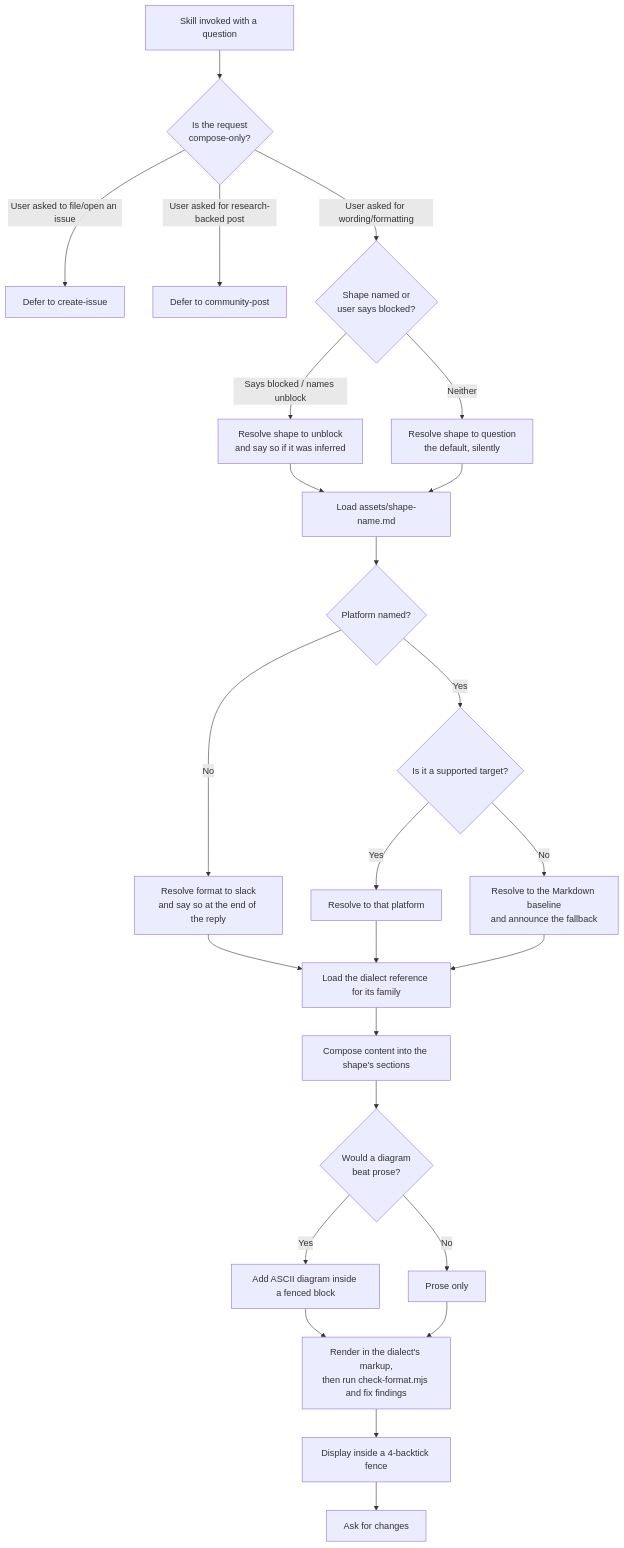
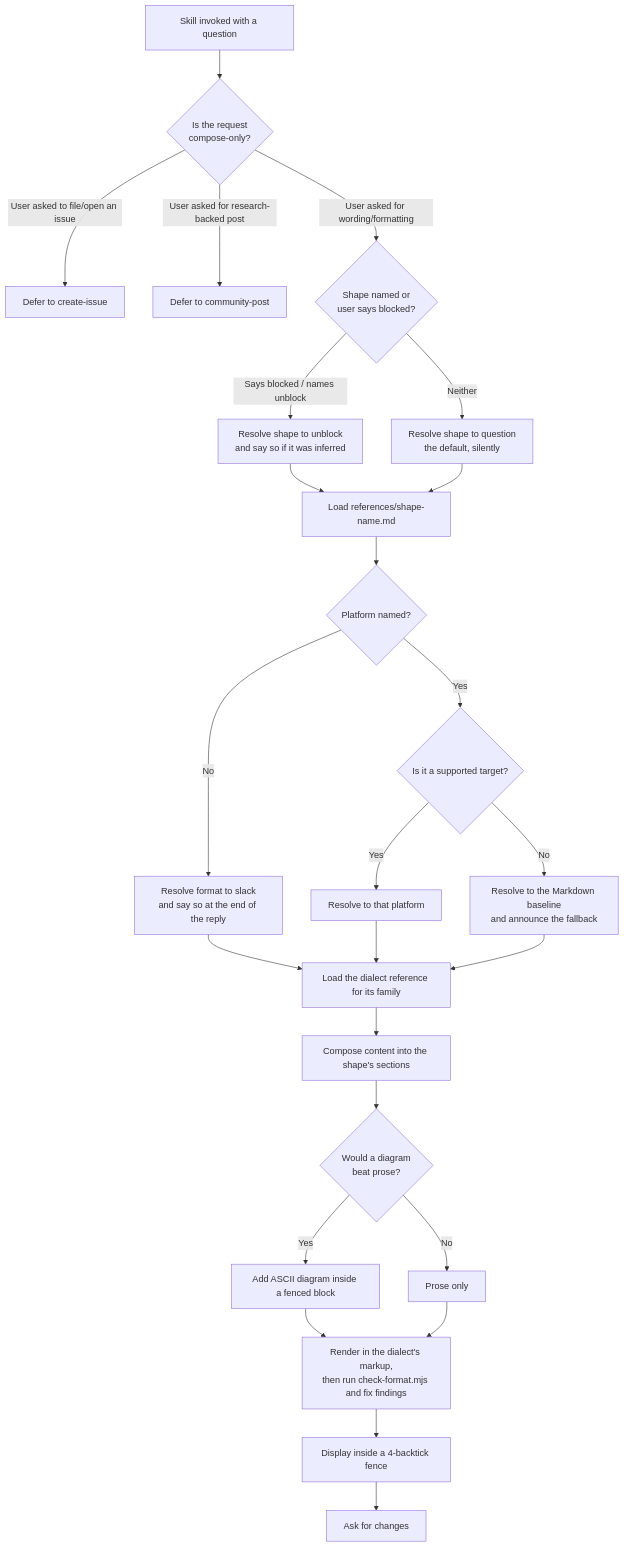
One commit to repobuddy/repobuddy changed the first of 2 diagrams in .agents/spec/agent-skills/to-question/README.md. Above: the diagram before and after it, drawn with Mermaid. The commit also changed other lines of this file and 14 other files, not shown here.

````diff
--- a/.agents/spec/agent-skills/to-question/README.md
+++ b/.agents/spec/agent-skills/to-question/README.md
@@ -197,27 +197,27 @@
 ```mermaid
 graph TD
     A[Skill invoked with a question] --> B{Is the request<br/>compose-only?}
     B -->|User asked to file/open an issue| C[Defer to create-issue]
     B -->|User asked for research-backed post| D[Defer to community-post]
     B -->|User asked for wording/formatting| S1{Shape named or<br/>user says blocked?}
     S1 -->|Says blocked / names unblock| S2[Resolve shape to unblock<br/>and say so if it was inferred]
     S1 -->|Neither| S3[Resolve shape to question<br/>the default, silently]
-    S2 --> S4[Load assets/shape-name.md]
+    S2 --> S4[Load references/shape-name.md]
     S3 --> S4
     S4 --> E{Platform named?}
     E -->|No| F[Resolve format to slack<br/>and say so at the end of the reply]
     E -->|Yes| G{Is it a supported target?}
     G -->|Yes| G1[Resolve to that platform]
     G -->|No| G2[Resolve to the Markdown baseline<br/>and announce the fallback]
     F --> H[Load the dialect reference for its family]
     G1 --> H
     G2 --> H
     H --> I[Compose content into the shape's sections]
     I --> J{Would a diagram<br/>beat prose?}
     J -->|Yes| K[Add ASCII diagram inside a fenced block]
     J -->|No| L[Prose only]
     K --> M[Render in the dialect's markup,<br/>then run check-format.mjs and fix findings]
     L --> M
     M --> N[Display inside a 4-backtick fence]
     N --> O[Ask for changes]
 ```
````
